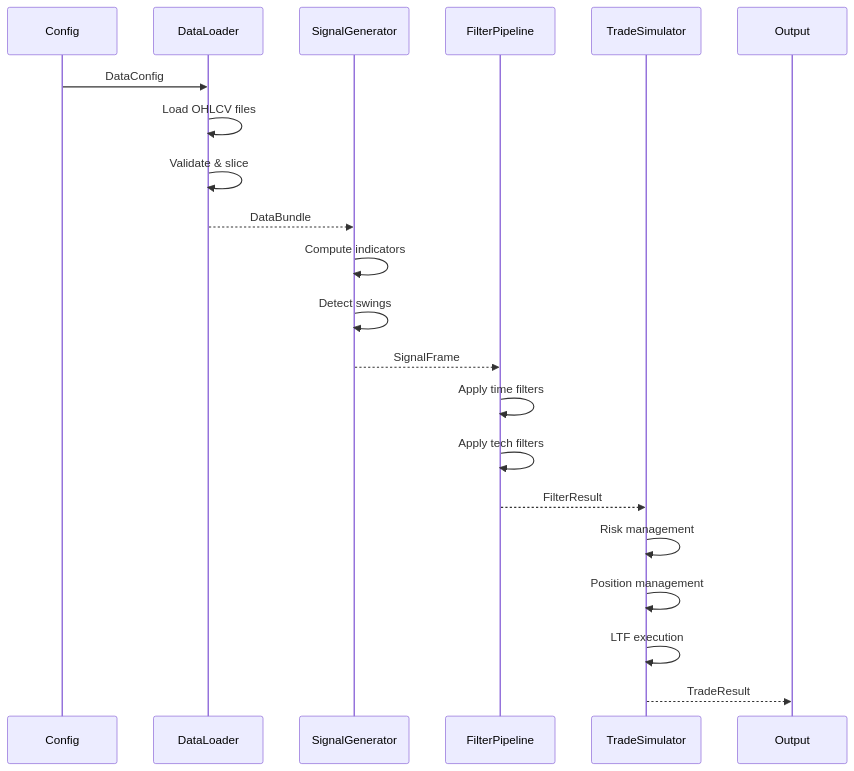
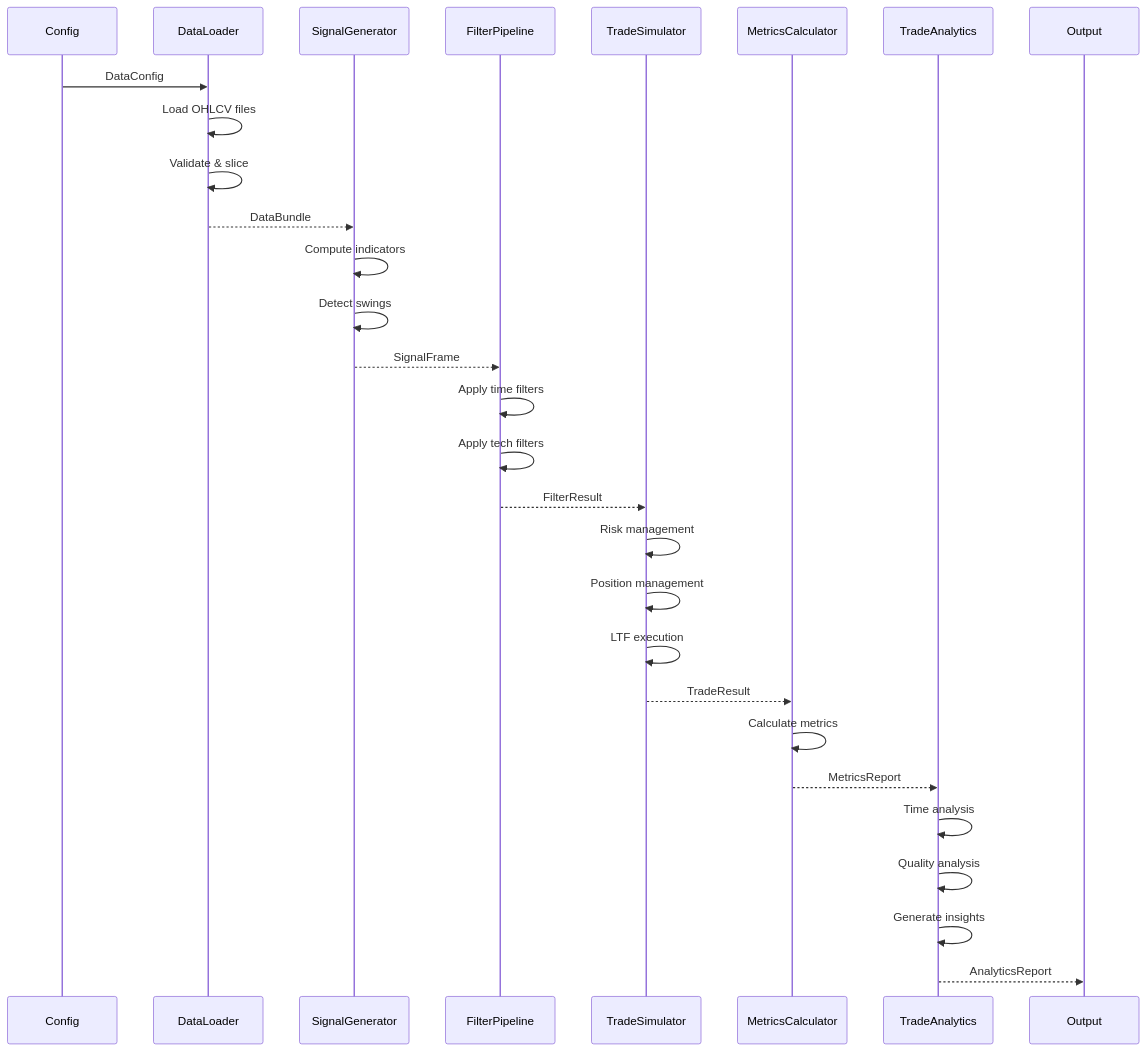
One commit to RumcajsPL/Backtest_platform changed the second of 2 diagrams in docs/architecture/architecture.md. Above: the diagram before and after it, drawn with Mermaid. The commit also changed other lines of this file and 9 other files, not shown here.

````diff
--- a/docs/architecture/architecture.md
+++ b/docs/architecture/architecture.md
@@ -426,27 +604,37 @@
 ```mermaid
 sequenceDiagram
     participant Config
     participant DL as DataLoader
     participant SG as SignalGenerator
     participant FP as FilterPipeline
     participant TS as TradeSimulator
+    participant MC as MetricsCalculator
+    participant TA as TradeAnalytics
     participant Out as Output
     
     Config->>DL: DataConfig
     DL->>DL: Load OHLCV files
     DL->>DL: Validate & slice
     DL-->>SG: DataBundle
     
     SG->>SG: Compute indicators
     SG->>SG: Detect swings
     SG-->>FP: SignalFrame
     
     FP->>FP: Apply time filters
     FP->>FP: Apply tech filters
     FP-->>TS: FilterResult
     
     TS->>TS: Risk management
     TS->>TS: Position management
     TS->>TS: LTF execution
-    TS-->>Out: TradeResult
+    TS-->>MC: TradeResult
+    
+    MC->>MC: Calculate metrics
+    MC-->>TA: MetricsReport
+    
+    TA->>TA: Time analysis
+    TA->>TA: Quality analysis
+    TA->>TA: Generate insights
+    TA-->>Out: AnalyticsReport
 ```
````
